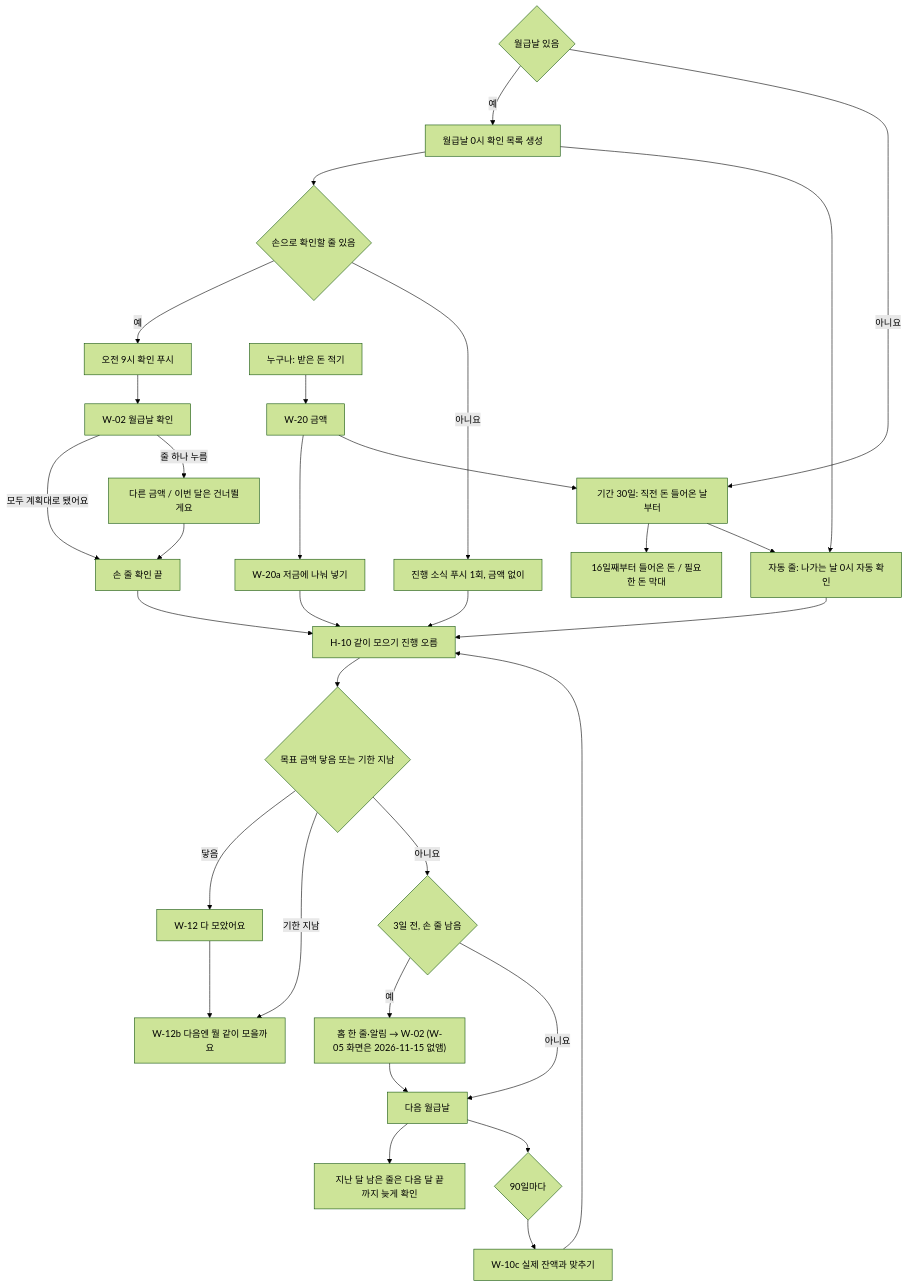
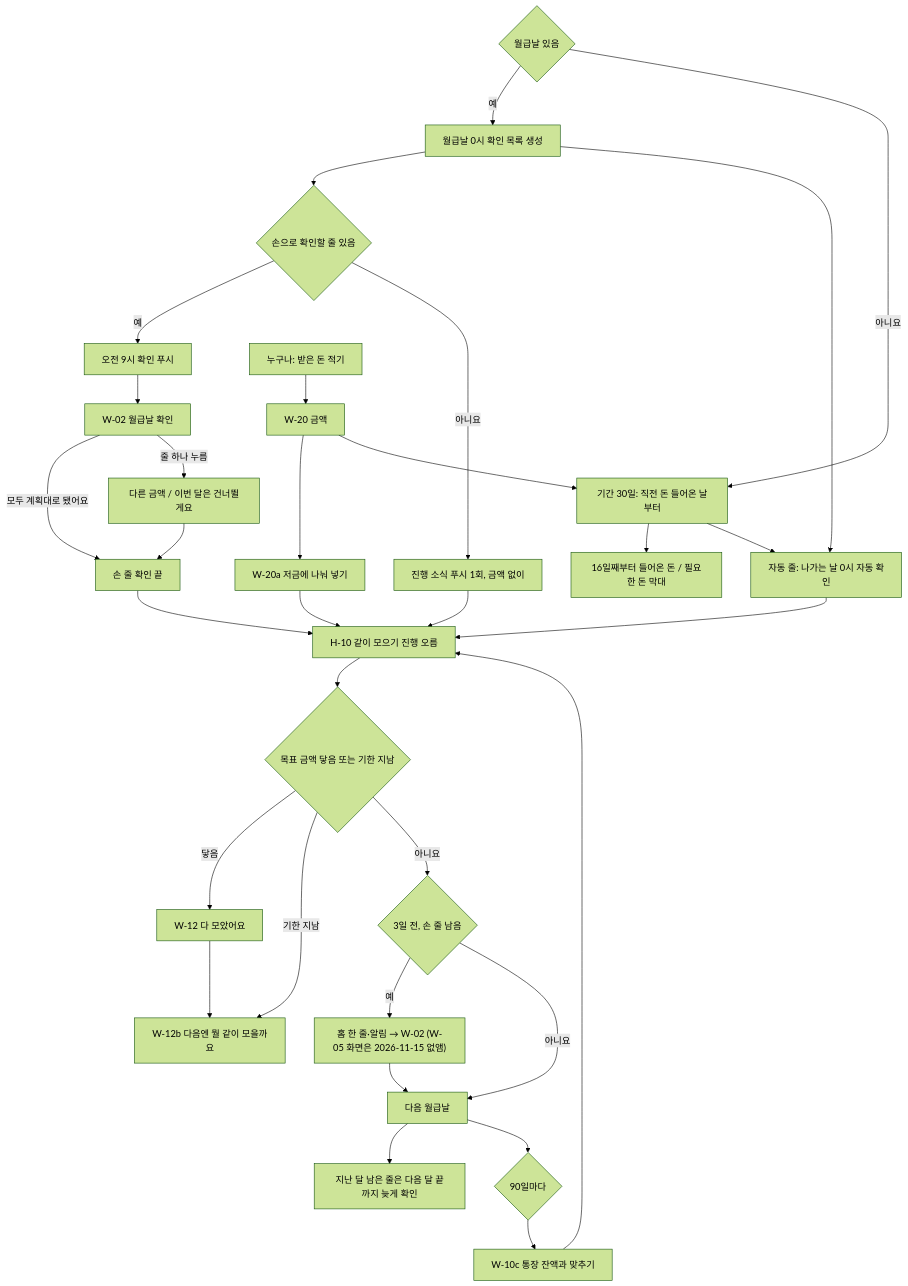
One commit to ooeabin/sweetwo changed the third of 4 diagrams in docs/spec/03-user-flow.md. Above: the diagram before and after it, drawn with Mermaid (forest theme). The commit also changed other lines of this file and 153 other files, not shown here.

````diff
--- a/docs/spec/03-user-flow.md
+++ b/docs/spec/03-user-flow.md
@@ -105,35 +105,35 @@
 ```mermaid
 flowchart TD
   START{"월급날 있음"}
   START -->|"예"| PAY["월급날 0시 확인 목록 생성"]
   START -->|"아니요"| PERIOD["기간 30일: 직전 돈 들어온 날부터"]
   PERIOD --> BAR["16일째부터 들어온 돈 / 필요한 돈 막대"]
   PAY --> ANY{"손으로 확인할 줄 있음"}
   ANY -->|"예"| PUSH["오전 9시 확인 푸시"]
   ANY -->|"아니요"| NEWS["진행 소식 푸시 1회, 금액 없이"]
   PUSH --> W02["W-02 월급날 확인"]
   W02 -->|"모두 계획대로 됐어요"| DONE["손 줄 확인 끝"]
   W02 -->|"줄 하나 누름"| EXC["다른 금액 / 이번 달은 건너뛸게요"]
   EXC --> DONE
   PAY --> AUTOD["자동 줄: 나가는 날 0시 자동 확인"]
   PERIOD --> AUTOD
   AUTOD --> PROG["H-10 같이 모으기 진행 오름"]
   NEWS --> PROG
   DONE --> PROG
   IN["누구나: 받은 돈 적기"] --> W20["W-20 금액"]
   W20 --> W20A["W-20a 저금에 나눠 넣기"]
   W20A --> PROG
   W20 --> PERIOD
   PROG --> ACH{"목표 금액 닿음 또는 기한 지남"}
   ACH -->|"닿음"| W12["W-12 다 모았어요"]
   W12 --> W12B["W-12b 다음엔 뭘 같이 모을까요"]
   ACH -->|"기한 지남"| W12B
   ACH -->|"아니요"| PRE{"3일 전, 손 줄 남음"}
   PRE -->|"예"| W02P["홈 한 줄·알림 → W-02 (W-05 화면은 2026-11-15 없앰)"]
   PRE -->|"아니요"| NEXT["다음 월급날"]
   W02P --> NEXT
   NEXT --> LATE["지난 달 남은 줄은 다음 달 끝까지 늦게 확인"]
   NEXT --> Q90{"90일마다"}
-  Q90 --> W10C["W-10c 실제 잔액과 맞추기"]
+  Q90 --> W10C["W-10c 통장 잔액과 맞추기"]
   W10C --> PROG
 ```
````
